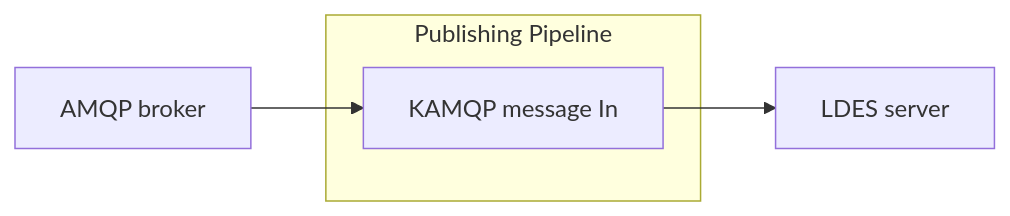
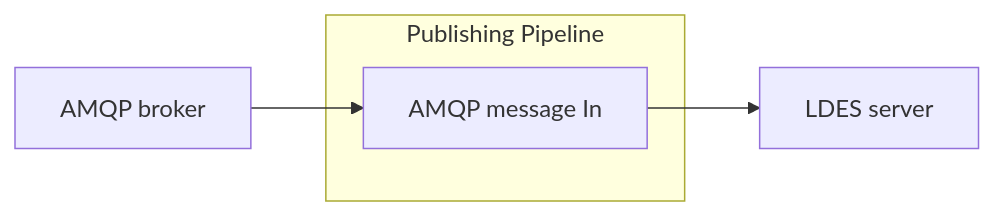
Before and after one commit to Informatievlaanderen/VSDS-Tech-Docs: the diagram in docs/_publisher/inputs/amqp-in.md, drawn with Mermaid.

Commit message:
typo KAMPQ

````diff
--- a/docs/_publisher/inputs/amqp-in.md
+++ b/docs/_publisher/inputs/amqp-in.md
@@ -20,9 +20,9 @@
 ```mermaid
 graph LR
-    L[AMQP broker] --> H[KAMQP message In]
+    L[AMQP broker] --> H[AMQP message In]
     H --> S[LDES server]
 
     subgraph Publishing Pipeline
     H
     end
 ```
````
